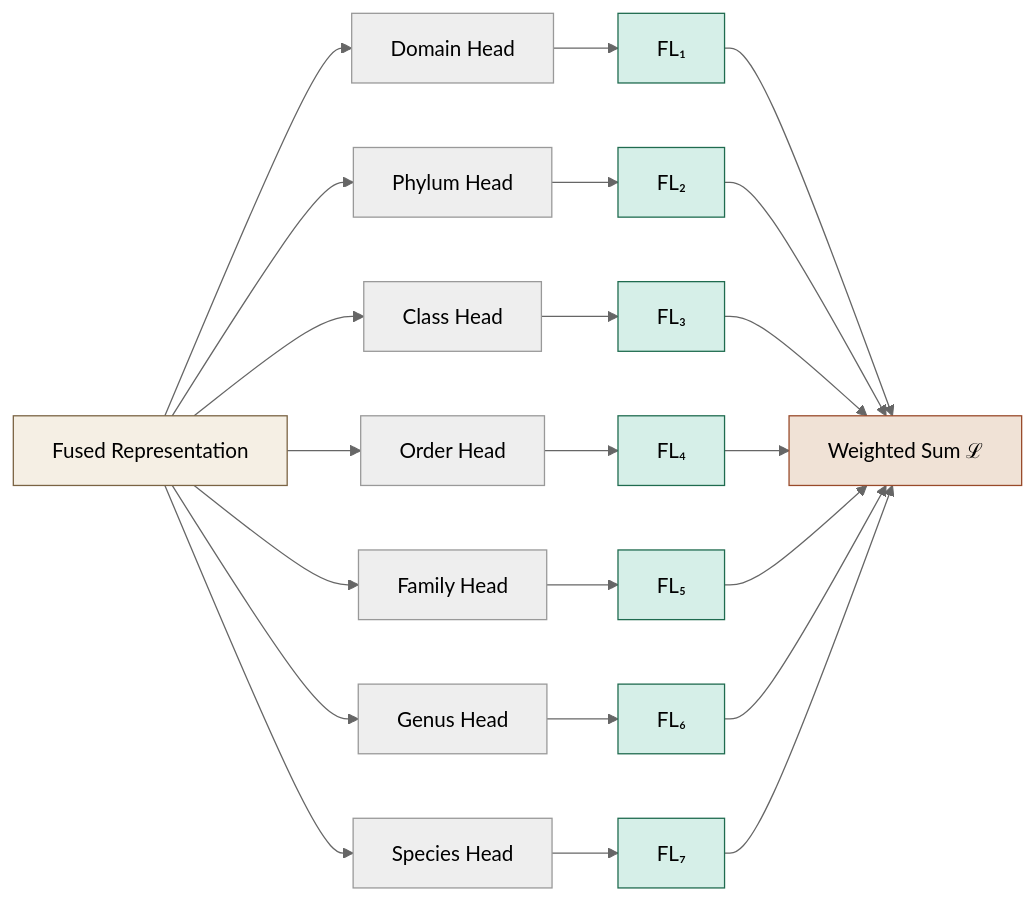
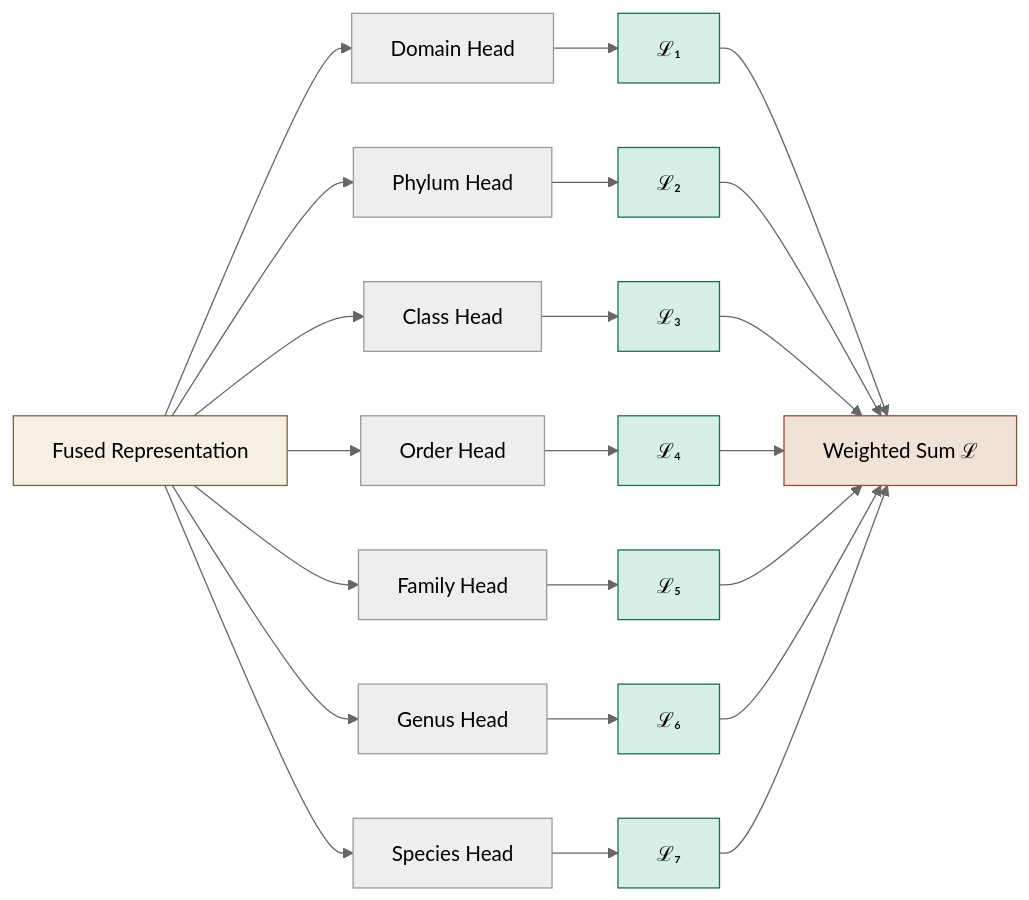
The third of 3 diagrams in tutorials/architecture.qmd (systems-genomics-lab/deeptaxa), drawn with Mermaid (neutral theme) before and after one commit. The commit also changed other lines of this file and 33 other files, not shown here.

````diff
--- a/tutorials/architecture.qmd
+++ b/tutorials/architecture.qmd
@@ -310,34 +320,34 @@
 ```{mermaid}
 %%| echo: false
 flowchart LR
     H[Fused Representation] --> D["Domain Head"]
     H --> P["Phylum Head"]
     H --> Cl["Class Head"]
     H --> O["Order Head"]
     H --> F["Family Head"]
     H --> G["Genus Head"]
     H --> S["Species Head"]
-    D --> LD["FL₁"]
-    P --> LP["FL₂"]
-    Cl --> LC["FL₃"]
-    O --> LO["FL₄"]
-    F --> LF["FL₅"]
-    G --> LG["FL₆"]
-    S --> LS["FL₇"]
+    D --> LD["ℒ₁"]
+    P --> LP["ℒ₂"]
+    Cl --> LC["ℒ₃"]
+    O --> LO["ℒ₄"]
+    F --> LF["ℒ₅"]
+    G --> LG["ℒ₆"]
+    S --> LS["ℒ₇"]
     LD --> W["Weighted Sum ℒ"]
     LP --> W
     LC --> W
     LO --> W
     LF --> W
     LG --> W
     LS --> W
     style H fill:#f5efe4,stroke:#7a6343
     style W fill:#f0e2d6,stroke:#994a2a
     style LD fill:#d6efe8,stroke:#1f6b4f
     style LP fill:#d6efe8,stroke:#1f6b4f
     style LC fill:#d6efe8,stroke:#1f6b4f
     style LO fill:#d6efe8,stroke:#1f6b4f
     style LF fill:#d6efe8,stroke:#1f6b4f
     style LG fill:#d6efe8,stroke:#1f6b4f
     style LS fill:#d6efe8,stroke:#1f6b4f
 ```
````
